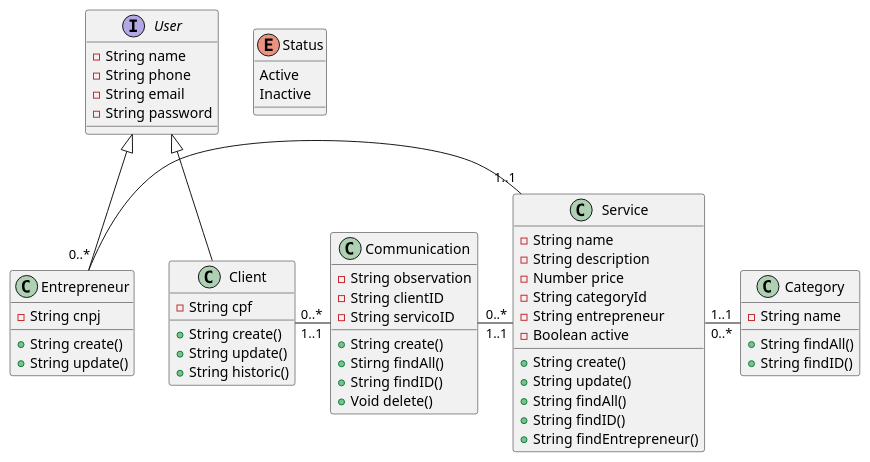
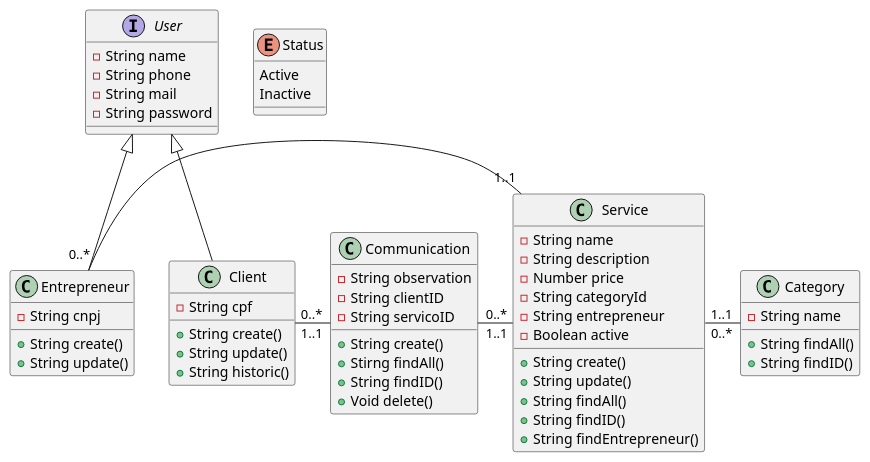
Before and after one commit to LeonardoCamilo10/API-SERVICE-BACK-END: the diagram in c4builder-API-SERVICE/src/Diagram-Class/class.puml, drawn with PlantUML. The commit also changed 3 other files, not shown here.

```diff
--- a/c4builder-API-SERVICE/src/Diagram-Class/class.puml
+++ b/c4builder-API-SERVICE/src/Diagram-Class/class.puml
@@ -1,68 +1,68 @@
 @startuml DiagramClass
     interface User {
       -String name
       -String phone
-      -String email
+      -String mail
       -String password
     }
 
     class Entrepreneur extends User {
       -String cnpj
       +String create()
       +String update()
     }
 
     class Client extends User {
       -String cpf
       +String create()
       +String update()
       +String historic()
     }
 
 
     class Service {
       -String name
       -String description
       -Number price
       -String categoryId
       -String entrepreneur
       -Boolean active
 
       +String create()
       +String update()
       +String findAll()
       +String findID()
       +String findEntrepreneur()
     }
 
     Entrepreneur "0..*" - "1..1" Service
 
     enum Status{
       Active
       Inactive
     }
 
     class Category {
       -String name
 
       +String findAll()
       +String findID()
     }
 
     Service "1..1" - "0..*" Category
 
     class Communication{
       -String observation 
       -String clientID
       -String servicoID
 
       +String create()
       +Stirng findAll()
       +String findID()
       +Void delete()
     }
 
     Client "0..*" - "1..1" Communication
     Communication "0..*" - "1..1" Service
     
 @enduml
```
